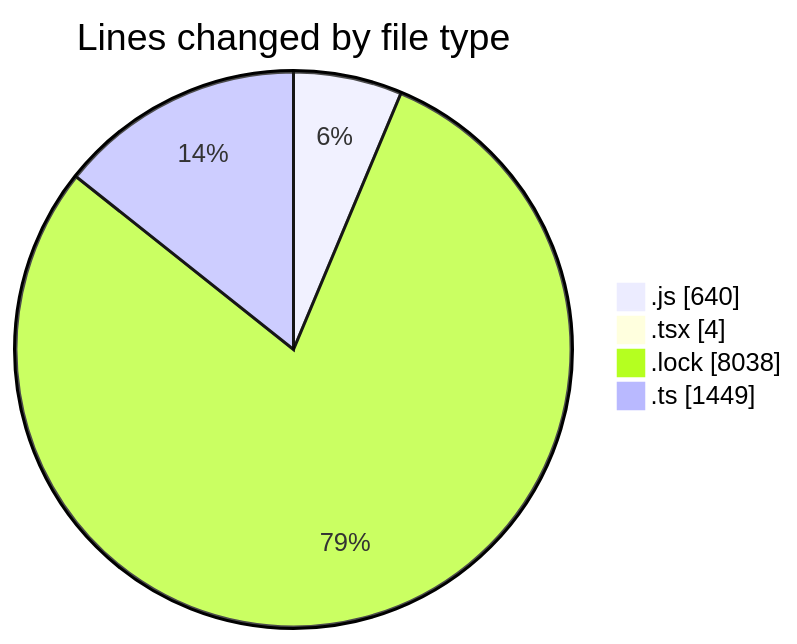
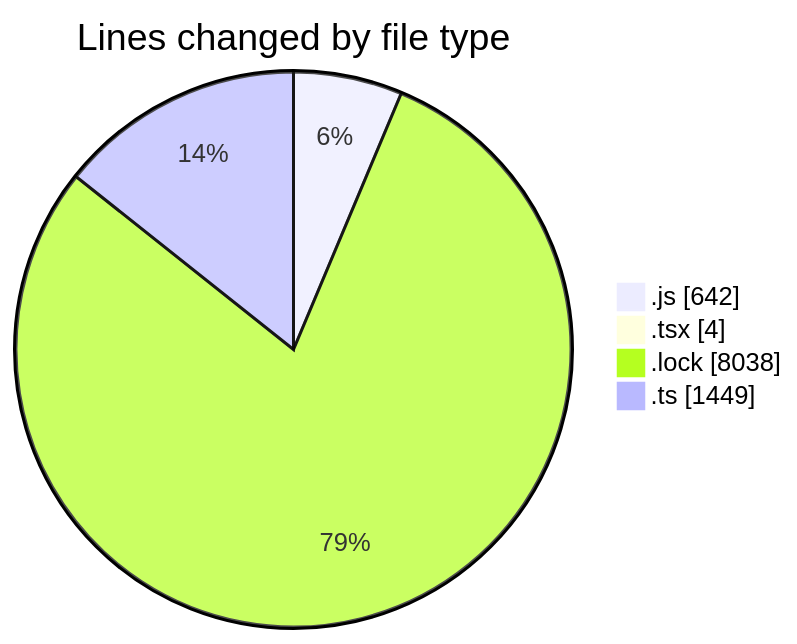
The first of 2 diagrams in 2025-03-11/cda/README.md (momahboobian/code-tracking), drawn with Mermaid before and after one commit. The commit also changed other lines of this file and 1 other file, not shown here.

````diff
--- a/2025-03-11/cda/README.md
+++ b/2025-03-11/cda/README.md
@@ -38,8 +38,8 @@
 ```mermaid
 pie showData
 title Lines changed by file type
-".js" : 640
+".js" : 642
 ".tsx" : 4
 ".lock" : 8038
 ".ts" : 1449
 ```
````
